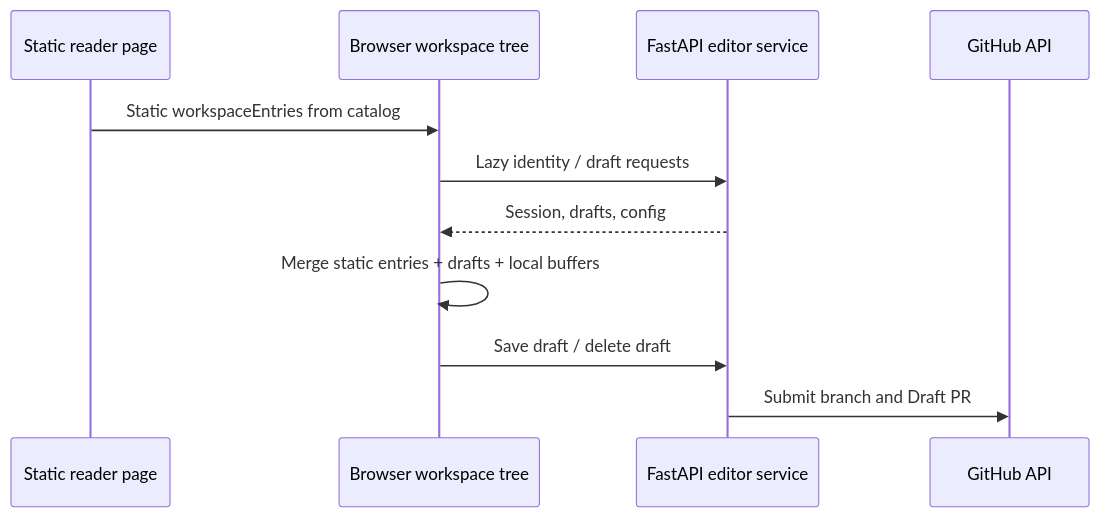
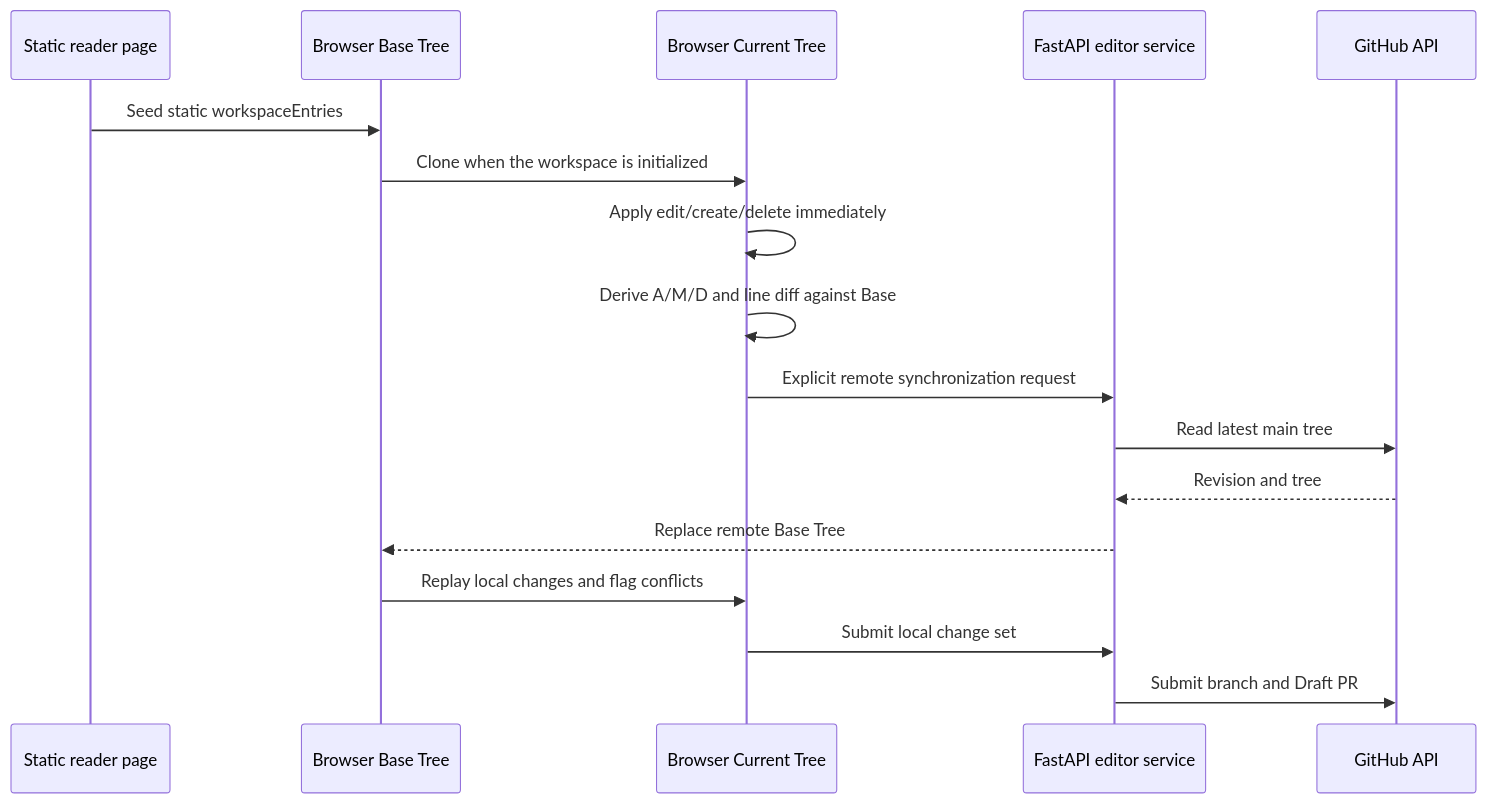
Before and after one commit to Game-Client-Knowledge/Web: the second of 2 diagrams in docs/web-repository-architecture.md, drawn with Mermaid. The commit also changed other lines of this file and 3 other files, not shown here.

Commit message:
test: cover dual-tree editor workflows

````diff
--- a/docs/web-repository-architecture.md
+++ b/docs/web-repository-architecture.md
@@ -318,14 +319,20 @@
 ```mermaid
 sequenceDiagram
     participant Reader as Static reader page
-    participant Browser as Browser workspace tree
+    participant Base as Browser Base Tree
+    participant Current as Browser Current Tree
     participant Editor as FastAPI editor service
     participant GitHub as GitHub API
 
-    Reader->>Browser: Static workspaceEntries from catalog
-    Browser->>Editor: Lazy identity / draft requests
-    Editor-->>Browser: Session, drafts, config
-    Browser->>Browser: Merge static entries + drafts + local buffers
-    Browser->>Editor: Save draft / delete draft
+    Reader->>Base: Seed static workspaceEntries
+    Base->>Current: Clone when the workspace is initialized
+    Current->>Current: Apply edit/create/delete immediately
+    Current->>Current: Derive A/M/D and line diff against Base
+    Current->>Editor: Explicit remote synchronization request
+    Editor->>GitHub: Read latest main tree
+    GitHub-->>Editor: Revision and tree
+    Editor-->>Base: Replace remote Base Tree
+    Base->>Current: Replay local changes and flag conflicts
+    Current->>Editor: Submit local change set
     Editor->>GitHub: Submit branch and Draft PR
 ```
````
